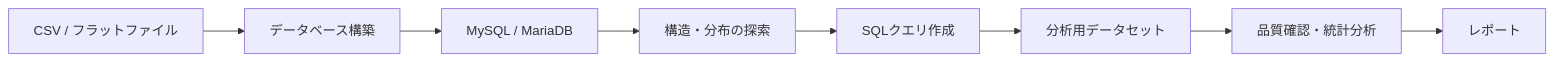
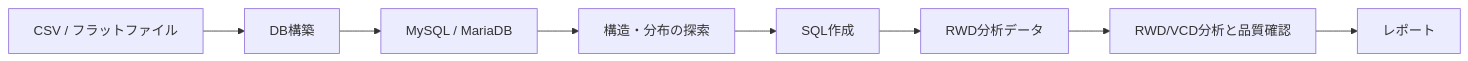
Before and after one commit to syrius2000/rwd-mysql-skill-toolkit: the diagram in README.md, drawn with Mermaid. The commit also changed other lines of this file and 1 other file, not shown here.

Commit message:
docs: clarify skill ownership and RWD hub role

````diff
--- a/README.md
+++ b/README.md
@@ -20,10 +33,10 @@
 ```mermaid
 flowchart LR
-  A[CSV / フラットファイル] --> B[データベース構築]
-  B --> C[MySQL / MariaDB]
-  C --> D[構造・分布の探索]
-  D --> E[SQLクエリ作成]
-  E --> F[分析用データセット]
-  F --> G[品質確認・統計分析]
-  G --> H[レポート]
+  A["CSV / フラットファイル"] --> B["DB構築"]
+  B --> C["MySQL / MariaDB"]
+  C --> D["構造・分布の探索"]
+  D --> E["SQL作成"]
+  E --> F["RWD分析データ"]
+  F --> G["RWD/VCD分析と品質確認"]
+  G --> H["レポート"]
 ```
````
